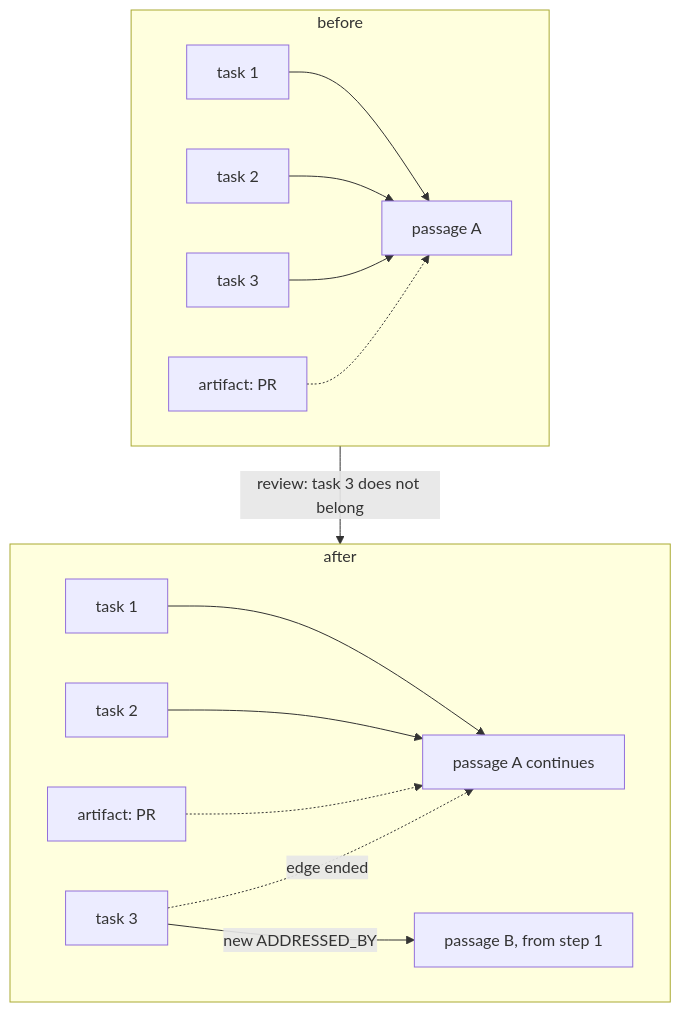
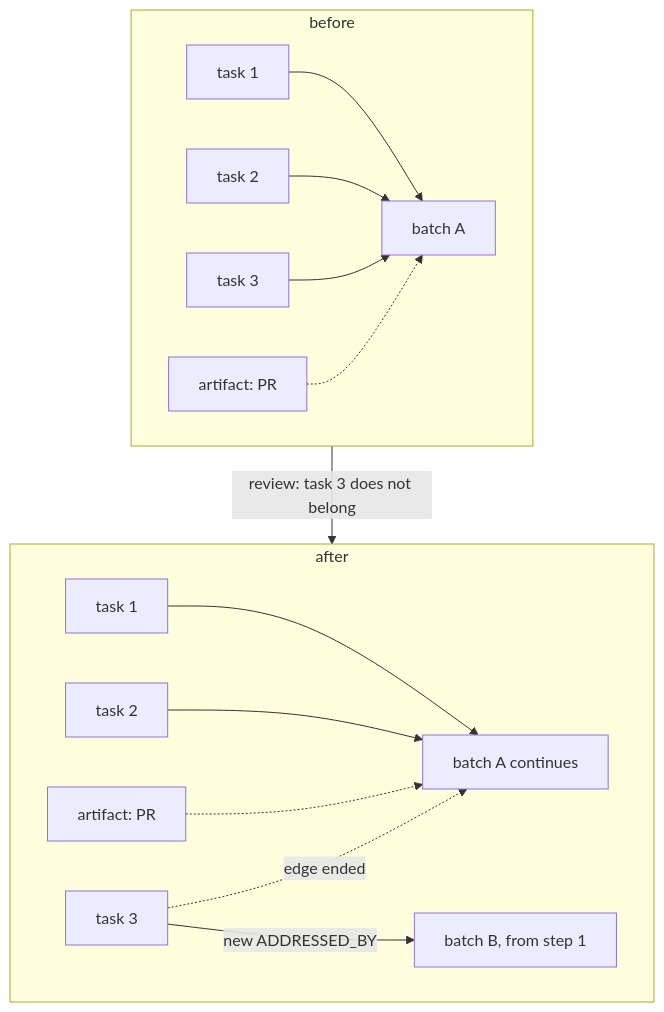
Before and after one commit to markmhendrickson/ateles: the first of 6 diagrams in docs/foundation/scenarios_extended.md, drawn with Mermaid. The commit also changed other lines of this file and 15 other files, not shown here.

````diff
--- a/docs/foundation/scenarios_extended.md
+++ b/docs/foundation/scenarios_extended.md
@@ -15,17 +15,17 @@
 ```mermaid
 flowchart TD
     subgraph before
-        T1a[task 1] --> Ra[passage A]
+        T1a[task 1] --> Ra[batch A]
         T2a[task 2] --> Ra
         T3a[task 3] --> Ra
         PRa[artifact: PR] -.-> Ra
     end
     before -->|review: task 3 does not belong| after
     subgraph after
-        T1b[task 1] --> Rb[passage A continues]
+        T1b[task 1] --> Rb[batch A continues]
         T2b[task 2] --> Rb
         PRb[artifact: PR] -.-> Rb
         T3b[task 3] -.->|edge ended| Rb
-        T3b -->|new ADDRESSED_BY| Rc[passage B, from step 1]
+        T3b -->|new ADDRESSED_BY| Rc[batch B, from step 1]
     end
 ```
````
